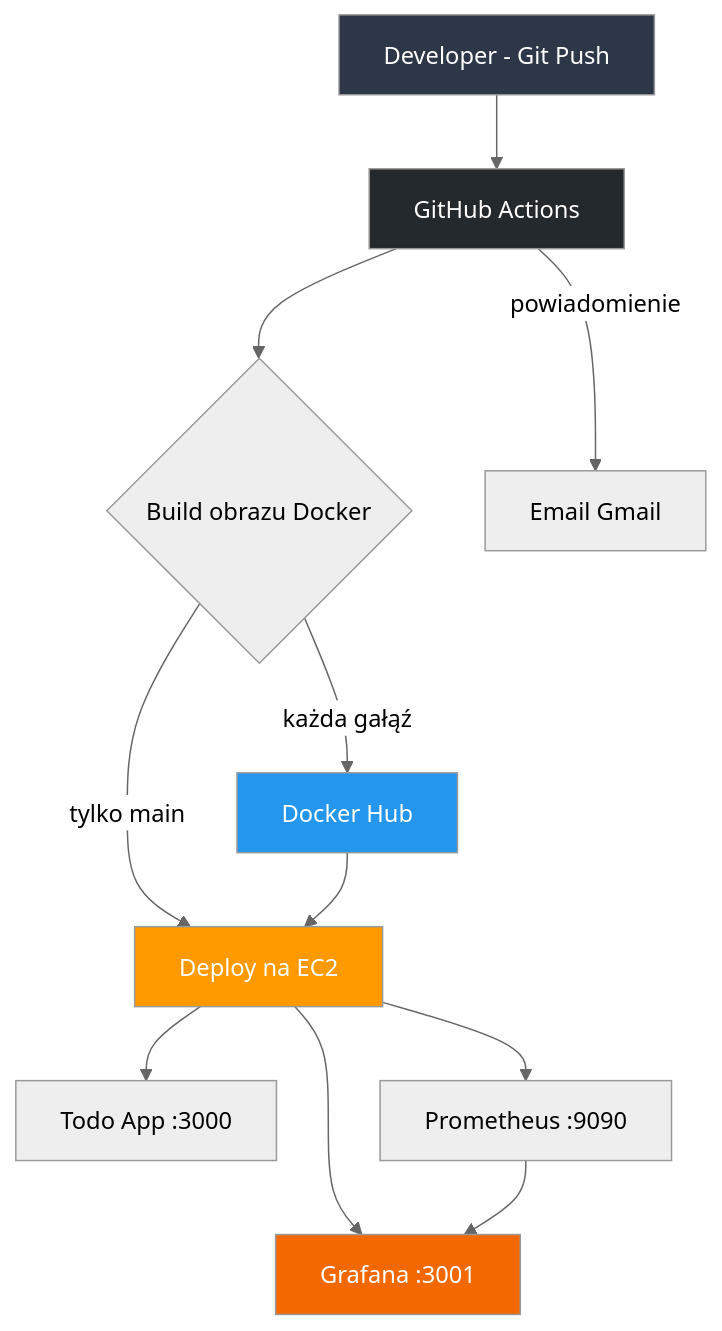
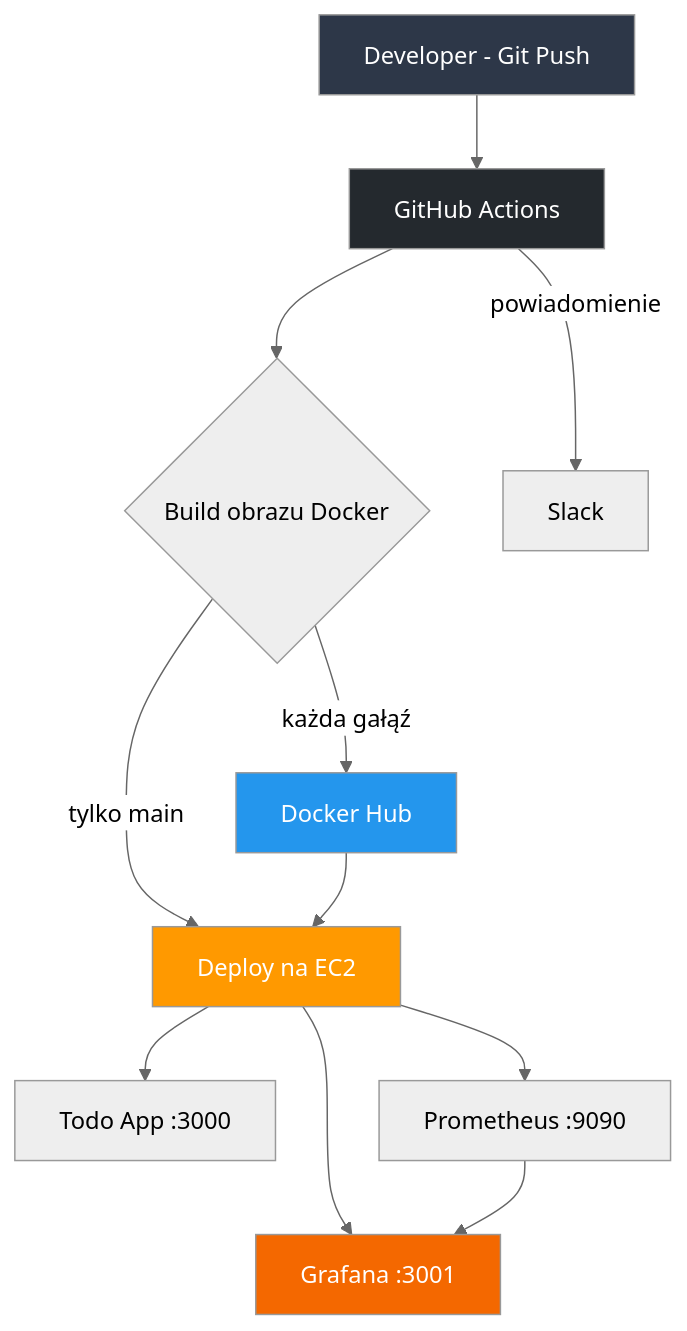
One commit to DevOps-FilipM/final-devops-project changed the first of 2 diagrams in README.md. Above: the diagram before and after it, drawn with Mermaid (neutral theme). The commit also changed other lines of this file, not shown here.

Commit message:
README updated after switch from gmail to Slack notifications

````diff
--- a/README.md
+++ b/README.md
@@ -31,19 +31,19 @@
 ```mermaid
 graph TD
     A[Developer - Git Push] --> B[GitHub Actions]
     B --> C{Build obrazu Docker}
     C -->|każda gałąź| D[Docker Hub]
     C -->|tylko main| E[Deploy na EC2]
     D --> E
     E --> F[Todo App :3000]
     E --> G[Prometheus :9090]
     E --> H[Grafana :3001]
     G --> H
-    B -->|powiadomienie| I[Email Gmail]
+    B -->|powiadomienie| I[Slack]
 
     style A fill:#2d3748,color:#fff
     style B fill:#24292e,color:#fff
     style D fill:#2496ED,color:#fff
     style E fill:#FF9900,color:#fff
     style H fill:#F46800,color:#fff
 ```
````
